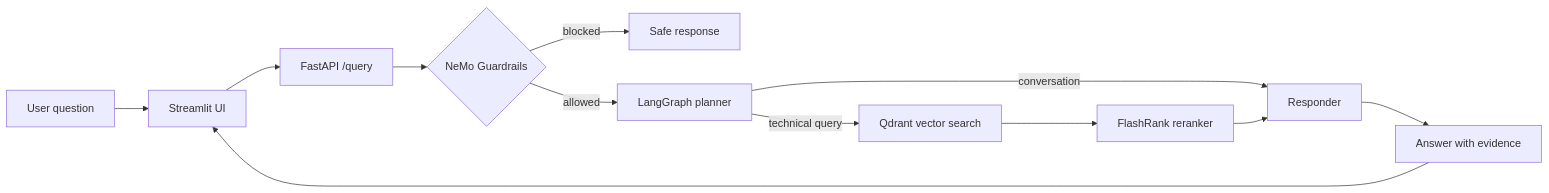
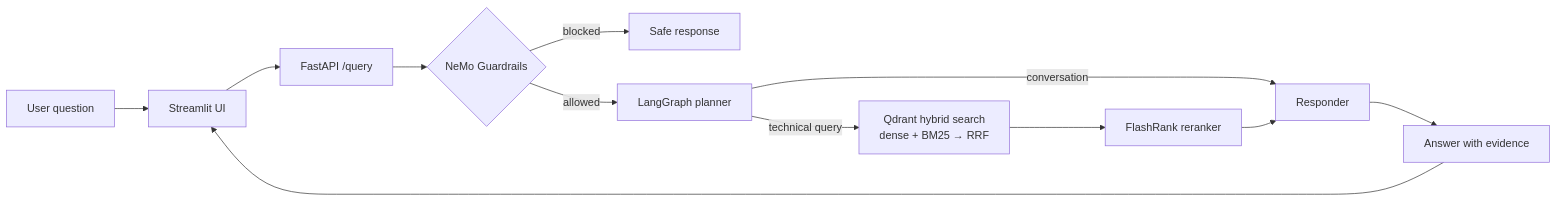
Before and after one commit to anilgehlotn/enterprise-agentic-rag: the diagram in README.md, drawn with Mermaid. The commit also changed other lines of this file and 33 other files, not shown here.

First line of the commit message:
feat(retrieval): hybrid dense + BM25 search with RRF fusion and retrieval benchmark

````diff
--- a/README.md
+++ b/README.md
@@ -35,14 +35,14 @@
 ```mermaid
 flowchart LR
     U[User question] --> UI[Streamlit UI]
     UI --> API[FastAPI /query]
     API --> G{NeMo Guardrails}
     G -->|blocked| B[Safe response]
     G -->|allowed| P[LangGraph planner]
     P -->|conversation| R[Responder]
-    P -->|technical query| Q[Qdrant vector search]
+    P -->|technical query| Q[Qdrant hybrid search<br/>dense + BM25 → RRF]
     Q --> F[FlashRank reranker]
     F --> R
     R --> A[Answer with evidence]
     A --> UI
 ```
````
